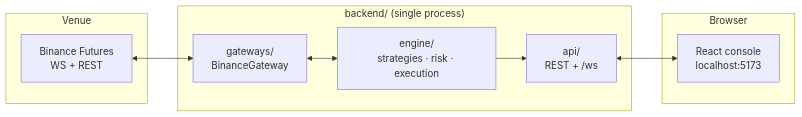
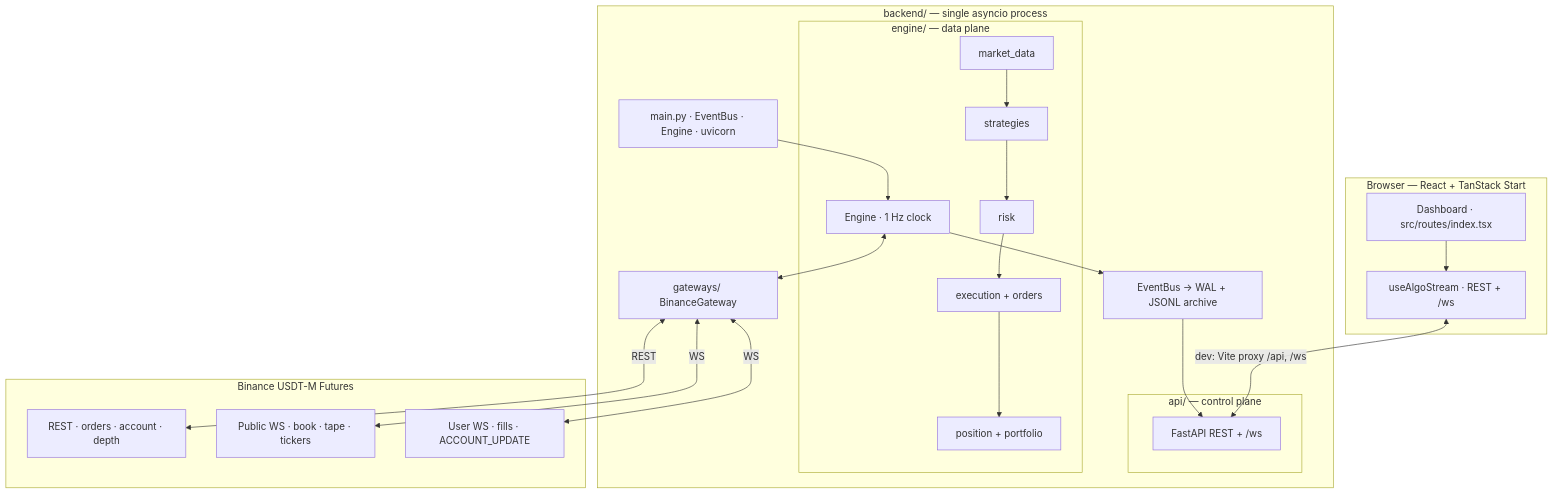
The first of 8 diagrams in README.md (Zendragon98/algo-trading-hub), drawn with Mermaid before and after one commit. The commit also changed other lines of this file and 18 other files, not shown here.

````diff
--- a/README.md
+++ b/README.md
@@ -19,21 +48,38 @@
 ```mermaid
-flowchart LR
-    subgraph Venue
-        BN[Binance Futures<br/>WS + REST]
+flowchart TB
+    subgraph Browser["Browser — React + TanStack Start"]
+        UI["Dashboard · src/routes/index.tsx"]
+        HOOK["useAlgoStream · REST + /ws"]
+        UI --> HOOK
     end
 
-    subgraph Backend["backend/ (single process)"]
-        GW[gateways/<br/>BinanceGateway]
-        ENG[engine/<br/>strategies · risk · execution]
-        API[api/<br/>REST + /ws]
-        GW <--> ENG
-        ENG --> API
+    subgraph Backend["backend/ — single asyncio process"]
+        MAIN["main.py · EventBus · Engine · uvicorn"]
+        subgraph API["api/ — control plane"]
+            FAST["FastAPI REST + /ws"]
+        end
+        subgraph Core["engine/ — data plane"]
+            ENG["Engine · 1 Hz clock"]
+            MD["market_data"] --> ST["strategies"]
+            ST --> RK["risk"] --> EX["execution + orders"]
+            EX --> POS["position + portfolio"]
+        end
+        GW["gateways/ BinanceGateway"]
+        BUS["EventBus → WAL + JSONL archive"]
+        MAIN --> ENG
+        ENG <--> GW
+        ENG --> BUS
+        BUS --> FAST
     end
 
-    subgraph Browser
-        UI[React console<br/>localhost:5173]
+    subgraph Venue["Binance USDT-M Futures"]
+        REST["REST · orders · account · depth"]
+        WS_P["Public WS · book · tape · tickers"]
+        WS_U["User WS · fills · ACCOUNT_UPDATE"]
     end
 
-    BN <--> GW
-    API <--> UI
+    HOOK <-->|"dev: Vite proxy /api, /ws"| FAST
+    GW <-->|REST| REST
+    GW <-->|WS| WS_P
+    GW <-->|WS| WS_U
 ```
````
